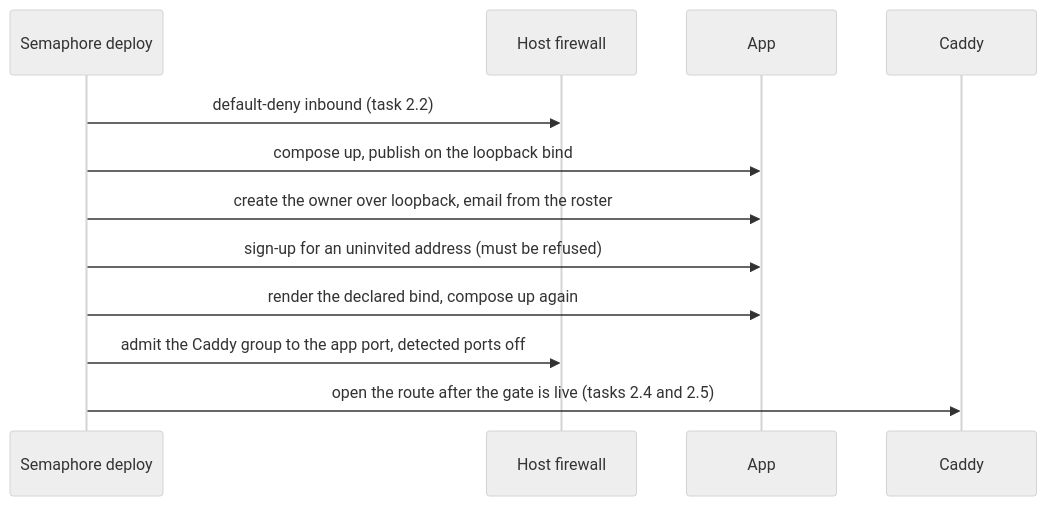
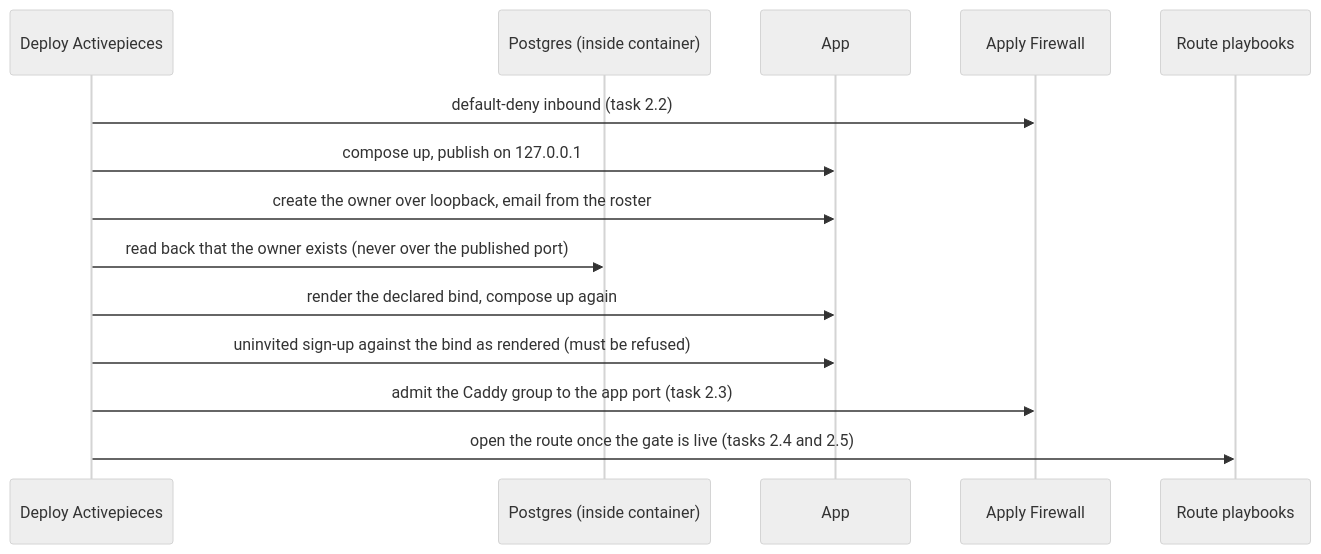
Before and after one commit to uhstray-io/agent-cloud: the second of 2 diagrams in plan/development/26-activepieces.md, drawn with Mermaid (neutral theme). The commit also changed other lines of this file and 4 other files, not shown here.

````diff
--- a/plan/development/26-activepieces.md
+++ b/plan/development/26-activepieces.md
@@ -140,14 +149,16 @@
 ```mermaid
 sequenceDiagram
-    participant S as Semaphore deploy
-    participant F as Host firewall
+    participant S as Deploy Activepieces
+    participant D as Postgres (inside container)
     participant A as App
-    participant C as Caddy
+    participant F as Apply Firewall
+    participant C as Route playbooks
     S->>F: default-deny inbound (task 2.2)
-    S->>A: compose up, publish on the loopback bind
+    S->>A: compose up, publish on 127.0.0.1
     S->>A: create the owner over loopback, email from the roster
-    S->>A: sign-up for an uninvited address (must be refused)
+    S->>D: read back that the owner exists (never over the published port)
     S->>A: render the declared bind, compose up again
-    S->>F: admit the Caddy group to the app port, detected ports off
-    S->>C: open the route after the gate is live (tasks 2.4 and 2.5)
+    S->>A: uninvited sign-up against the bind as rendered (must be refused)
+    S->>F: admit the Caddy group to the app port (task 2.3)
+    S->>C: open the route once the gate is live (tasks 2.4 and 2.5)
 ```
````
